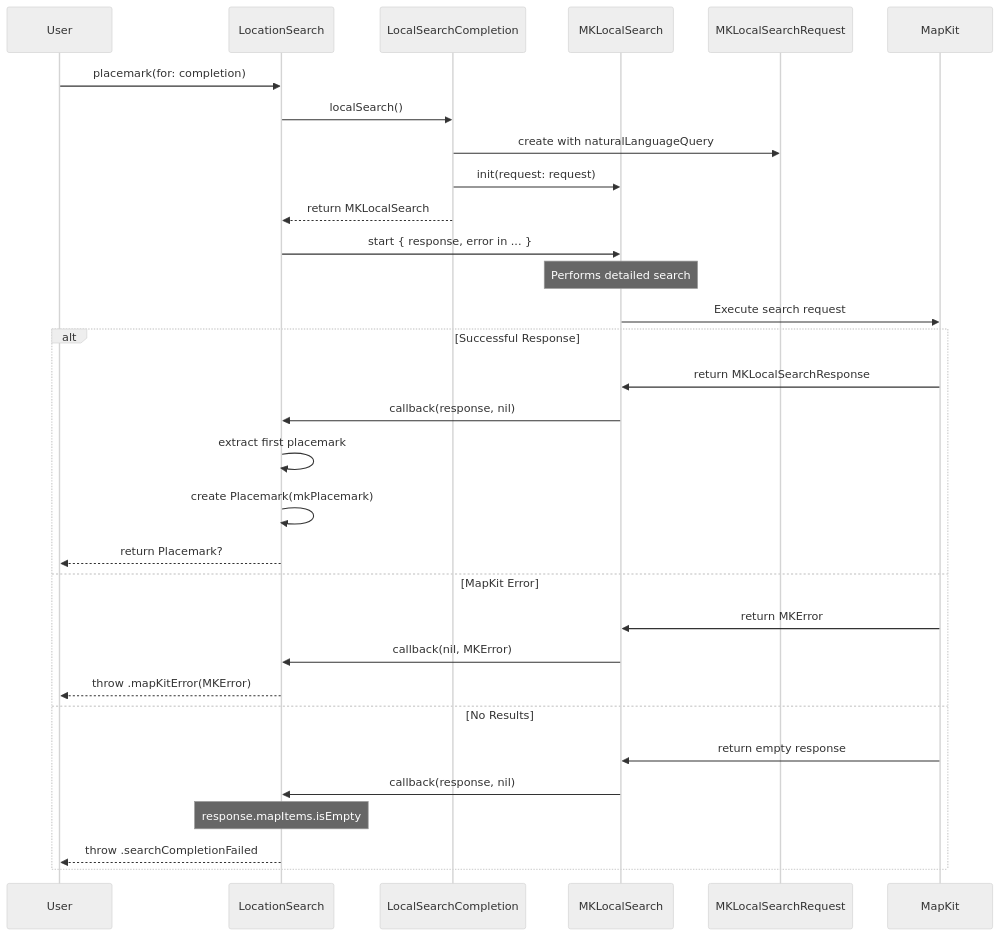
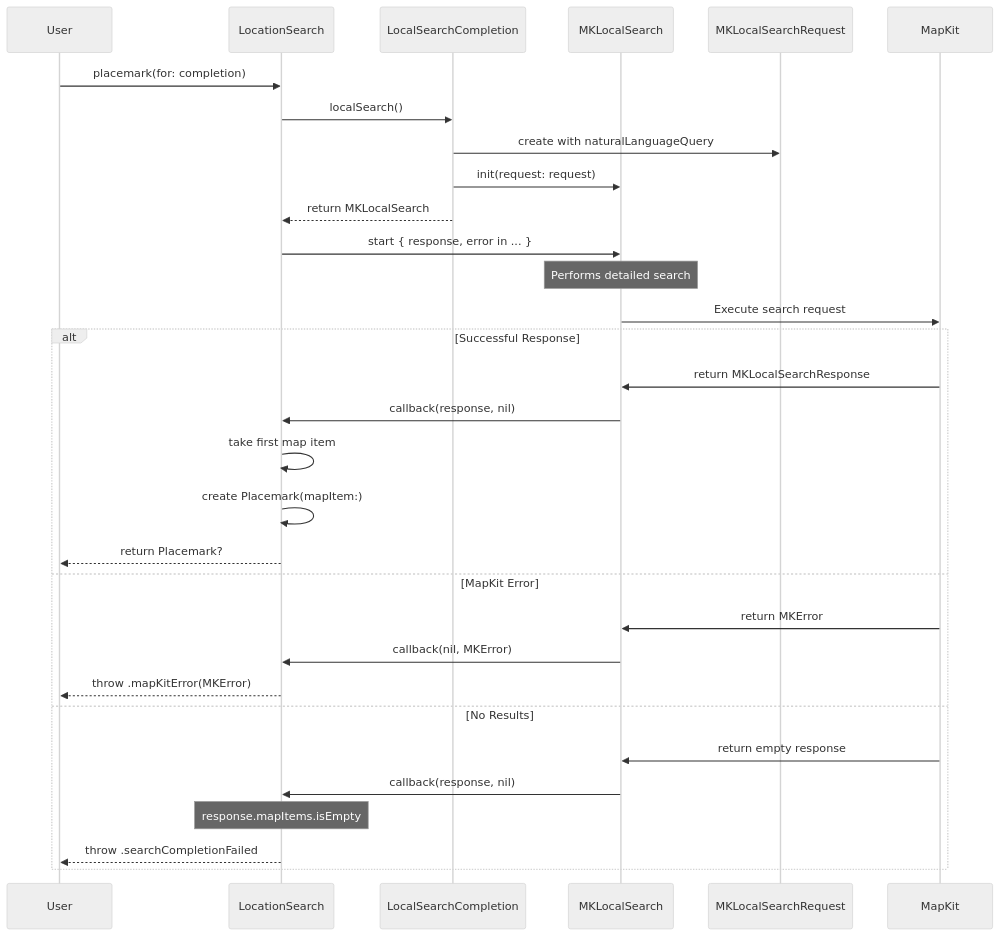
One commit to kraigspear/MapKitSwiftSearch changed the second of 5 diagrams in docs/Diagrams/SearchFlowSequence.md. Above: the diagram before and after it, drawn with Mermaid (neutral theme). The commit also changed other lines of this file and 13 other files, not shown here.

````diff
--- a/docs/Diagrams/SearchFlowSequence.md
+++ b/docs/Diagrams/SearchFlowSequence.md
@@ -71,37 +71,37 @@
 ```mermaid
 sequenceDiagram
     participant User
     participant LocationSearch
     participant LocalSearchCompletion
     participant MKLocalSearch
     participant MKLocalSearchRequest
     participant MapKit
     
     User->>LocationSearch: placemark(for: completion)
     LocationSearch->>LocalSearchCompletion: localSearch()
     LocalSearchCompletion->>MKLocalSearchRequest: create with naturalLanguageQuery
     LocalSearchCompletion->>MKLocalSearch: init(request: request)
     LocalSearchCompletion-->>LocationSearch: return MKLocalSearch
     
     LocationSearch->>MKLocalSearch: start { response, error in ... }
     
     Note over MKLocalSearch: Performs detailed search
     MKLocalSearch->>MapKit: Execute search request
     
     alt Successful Response
         MapKit->>MKLocalSearch: return MKLocalSearchResponse
         MKLocalSearch->>LocationSearch: callback(response, nil)
-        LocationSearch->>LocationSearch: extract first placemark
-        LocationSearch->>LocationSearch: create Placemark(mkPlacemark)
+        LocationSearch->>LocationSearch: take first map item
+        LocationSearch->>LocationSearch: create Placemark(mapItem:)
         LocationSearch-->>User: return Placemark?
     else MapKit Error
         MapKit->>MKLocalSearch: return MKError
         MKLocalSearch->>LocationSearch: callback(nil, MKError)
         LocationSearch-->>User: throw .mapKitError(MKError)
     else No Results
         MapKit->>MKLocalSearch: return empty response
         MKLocalSearch->>LocationSearch: callback(response, nil)
         Note over LocationSearch: response.mapItems.isEmpty
         LocationSearch-->>User: throw .searchCompletionFailed
     end
 ```
````
